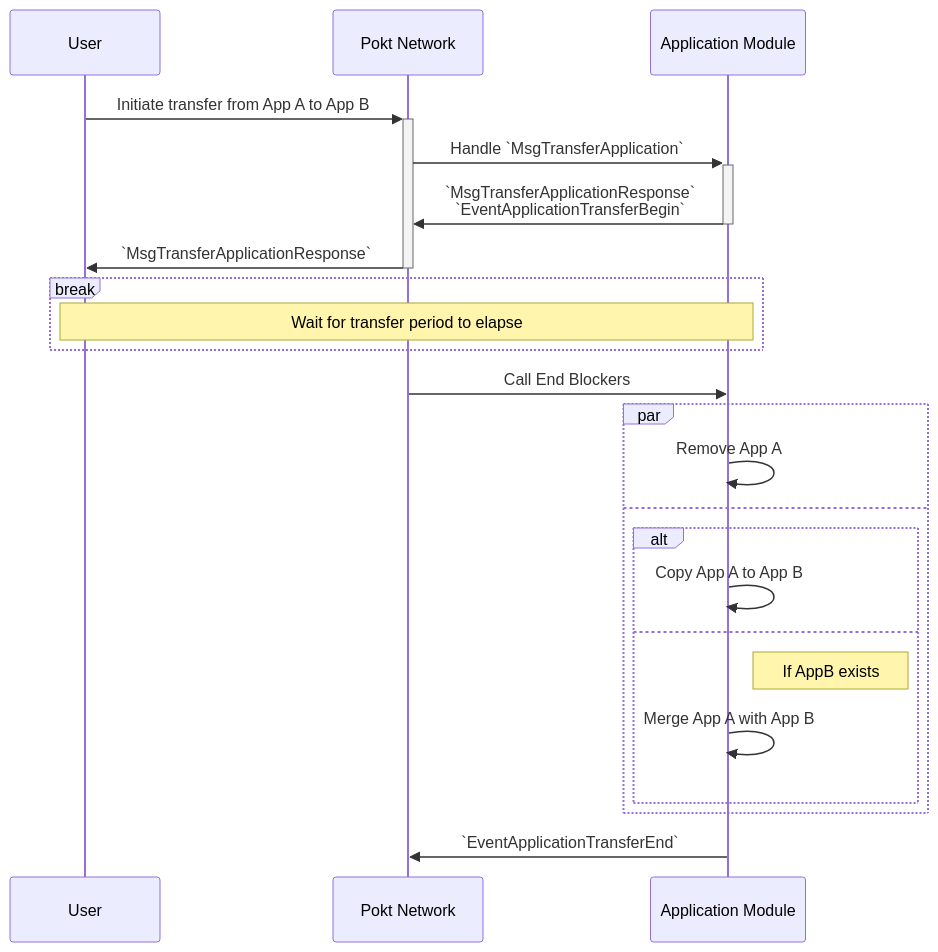
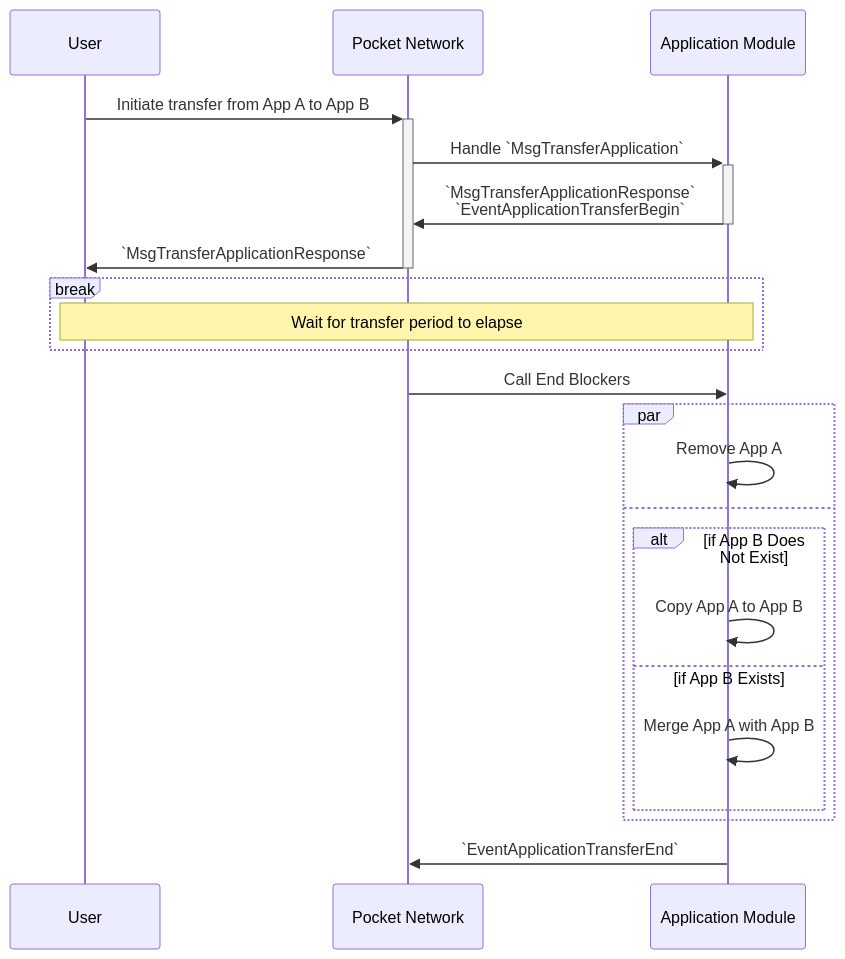
Before and after one commit to pokt-network/poktroll: the first of 2 diagrams in docusaurus/docs/operate/user_guide/app-transfer.md, drawn with Mermaid. The commit also changed other lines of this file, not shown here.

````diff
--- a/docusaurus/docs/operate/user_guide/app-transfer.md
+++ b/docusaurus/docs/operate/user_guide/app-transfer.md
@@ -29,30 +30,29 @@
 ```mermaid
 sequenceDiagram
     participant User
-    participant PN as Pokt Network
+    participant PN as Pocket Network
     participant AM as Application Module
 
     User ->>+ PN: Initiate transfer from App A to App B
     PN ->>+ AM: Handle `MsgTransferApplication`
     AM ->>- PN: `MsgTransferApplicationResponse`<br/>`EventApplicationTransferBegin`
     PN ->>- User: `MsgTransferApplicationResponse`
 
     break
         Note over User,AM: Wait for transfer period to elapse
     end
 
     PN ->> AM: Call End Blockers
 
     par
         AM ->> AM: Remove App A
     and
-        alt
+        alt if App B Does Not Exist
             AM ->> AM: Copy App A to App B
-        else
-            Note right of AM: If AppB exists
+        else if App B Exists
             AM ->> AM: Merge App A with App B
         end
     end
 
     AM ->> PN: `EventApplicationTransferEnd`
 ```
````
